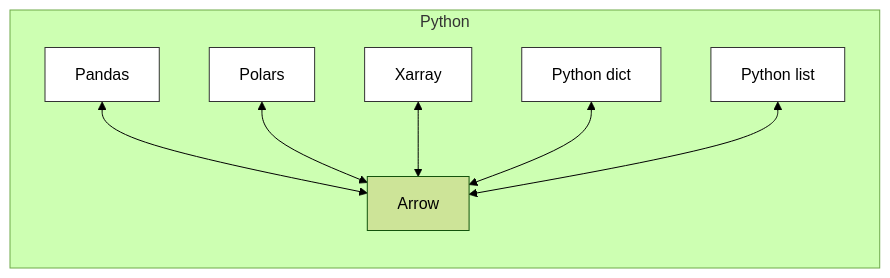
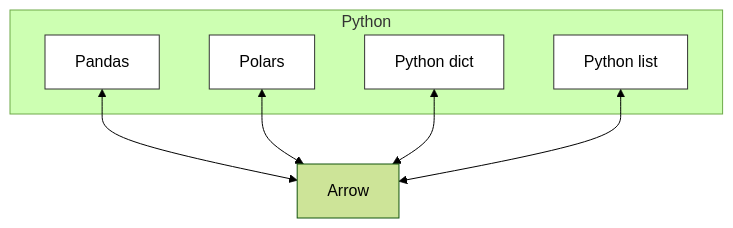
Before and after one commit to d33bs/set-website: the second of 4 diagrams in _posts/2022-XX-XX-Data-Engineering-with-SQL-Arrow-and-DuckDB.md, drawn with Mermaid (forest theme). The commit also changed other lines of this file, not shown here.

```diff
--- a/_posts/2022-XX-XX-Data-Engineering-with-SQL-Arrow-and-DuckDB.md
+++ b/_posts/2022-XX-XX-Data-Engineering-with-SQL-Arrow-and-DuckDB.md
@@ -44,12 +43,16 @@
 <pre class="mermaid">
-flowchart BT
+flowchart TB
     subgraph Python
-      Pandas:::outlined <--> Arrow
-      Polars:::outlined <--> Arrow
-      Xarray:::outlined <--> Arrow
-      dict[Python dict]:::outlined <--> Arrow
-      list[Python list]:::outlined <--> Arrow
+      Pandas:::outlined
+      Polars:::outlined
+      dict[Python dict]:::outlined
+      list[Python list]:::outlined
     end
+
+    Pandas <--> Arrow
+    Polars <--> Arrow
+    dict <--> Arrow
+    list <--> Arrow
 
   classDef outlined fill:#fff,stroke:#333
 </pre>
```
